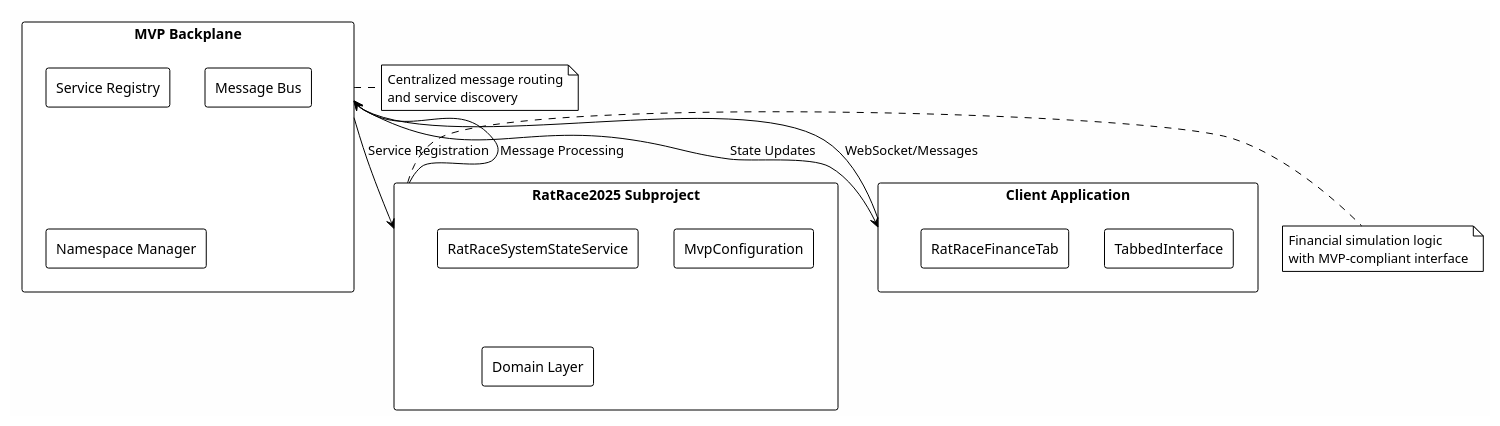
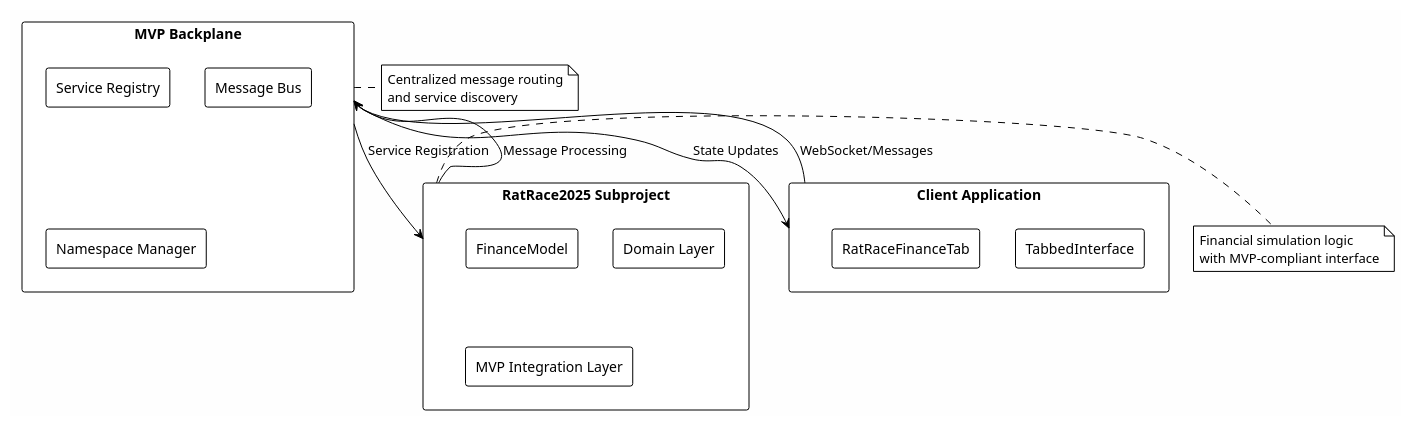
One commit to andypaul65/RatRace2025 changed the diagram in RatRace2025/docs/howto/getting-started-mvp.md. Above: the diagram before and after it, drawn with PlantUML. The commit also changed other lines of this file and 2 other files, not shown here.

````diff
--- a/RatRace2025/docs/howto/getting-started-mvp.md
+++ b/RatRace2025/docs/howto/getting-started-mvp.md
@@ -9,38 +9,38 @@
 ```plantuml
 @startuml MVP Integration Overview
 !theme plain
 skinparam backgroundColor #FEFEFE
 
 rectangle "MVP Backplane" as MVP {
     rectangle "Service Registry" as SR
     rectangle "Message Bus" as MB
     rectangle "Namespace Manager" as NM
 }
 
 rectangle "RatRace2025 Subproject" as RR {
-    rectangle "RatRaceSystemStateService" as RSS
-    rectangle "MvpConfiguration" as MC
+    rectangle "FinanceModel" as FM
     rectangle "Domain Layer" as DL
+    rectangle "MVP Integration Layer" as MIL
 }
 
 rectangle "Client Application" as Client {
     rectangle "TabbedInterface" as TI
     rectangle "RatRaceFinanceTab" as RFT
 }
 
 MVP --> RR : Service Registration
 RR --> MVP : Message Processing
 Client --> MVP : WebSocket/Messages
 MVP --> Client : State Updates
 
 note right of MVP
     Centralized message routing
     and service discovery
 end note
 
 note right of RR
     Financial simulation logic
     with MVP-compliant interface
 end note
 @enduml
 ```
````
